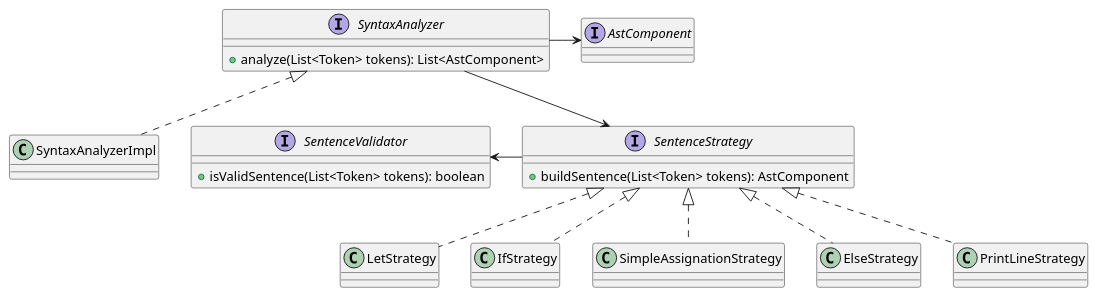
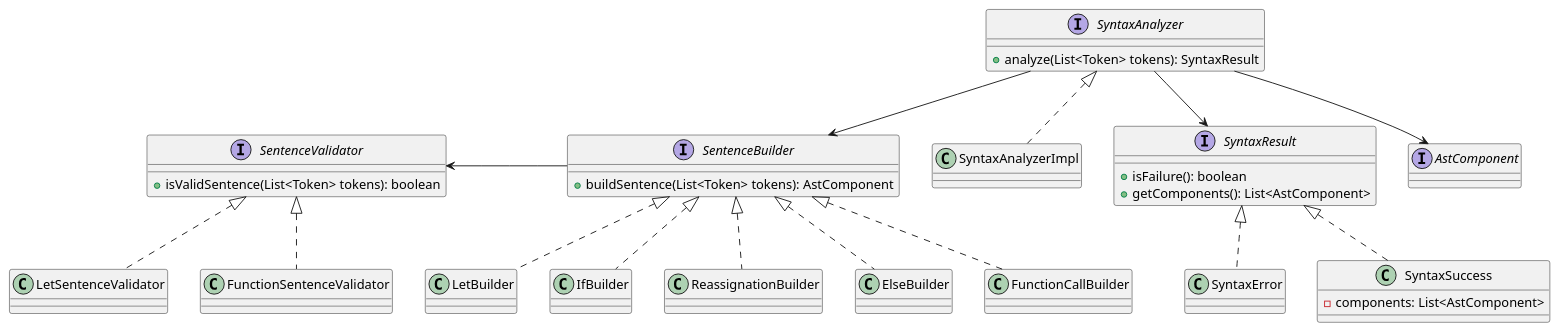
Before and after one commit to Al-Fajor/printscript: the diagram in diagrams/syntax/class diagram.puml, drawn with PlantUML. The commit also changed 15 other files, not shown here.

```diff
--- a/diagrams/syntax/class diagram.puml
+++ b/diagrams/syntax/class diagram.puml
@@ -1,28 +1,42 @@
 @startuml
 
 interface SyntaxAnalyzer{
-    +analyze(List<Token> tokens): List<AstComponent>
+    +analyze(List<Token> tokens): SyntaxResult
 }
 class SyntaxAnalyzerImpl implements SyntaxAnalyzer
 
-interface SentenceStrategy{
+interface SentenceBuilder{
     +buildSentence(List<Token> tokens): AstComponent
 }
 
-class LetStrategy implements SentenceStrategy
-class IfStrategy implements SentenceStrategy
-class SimpleAssignationStrategy implements SentenceStrategy
-class ElseStrategy implements SentenceStrategy
-class PrintLineStrategy implements SentenceStrategy
+class LetBuilder implements SentenceBuilder
+class IfBuilder implements SentenceBuilder
+class ReassignationBuilder implements SentenceBuilder
+class ElseBuilder implements SentenceBuilder
+class FunctionCallBuilder implements SentenceBuilder
+
+interface SyntaxResult{
+    +isFailure(): boolean
+    +getComponents(): List<AstComponent>
+}
+
+class SyntaxError implements SyntaxResult
+class SyntaxSuccess implements SyntaxResult{
+-components: List<AstComponent>
+}
 
 interface AstComponent
 
 interface SentenceValidator{
     +isValidSentence(List<Token> tokens): boolean
 }
 
+class LetSentenceValidator implements SentenceValidator
+class FunctionSentenceValidator implements SentenceValidator
+
 'Relations
-SyntaxAnalyzer -> AstComponent
-SyntaxAnalyzer --> SentenceStrategy
-SentenceValidator <- SentenceStrategy
+SyntaxAnalyzer --> AstComponent
+SyntaxAnalyzer --> SentenceBuilder
+SentenceValidator <- SentenceBuilder
+SyntaxAnalyzer --> SyntaxResult
 @enduml
```
